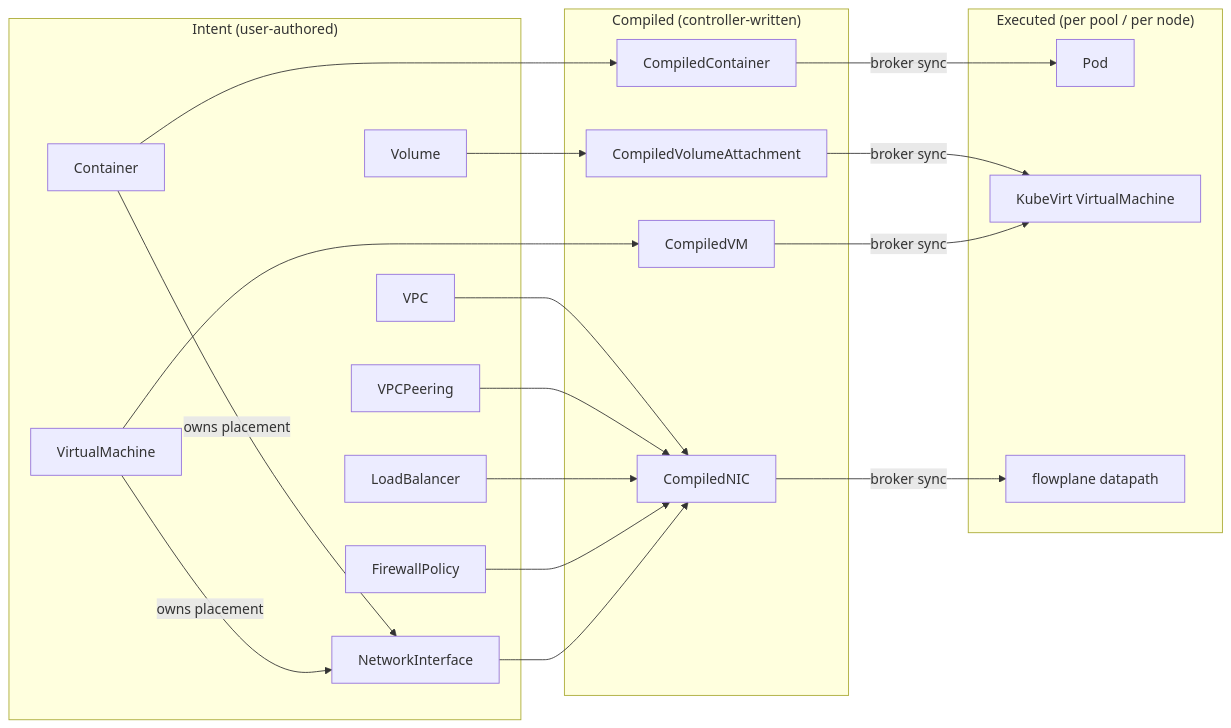
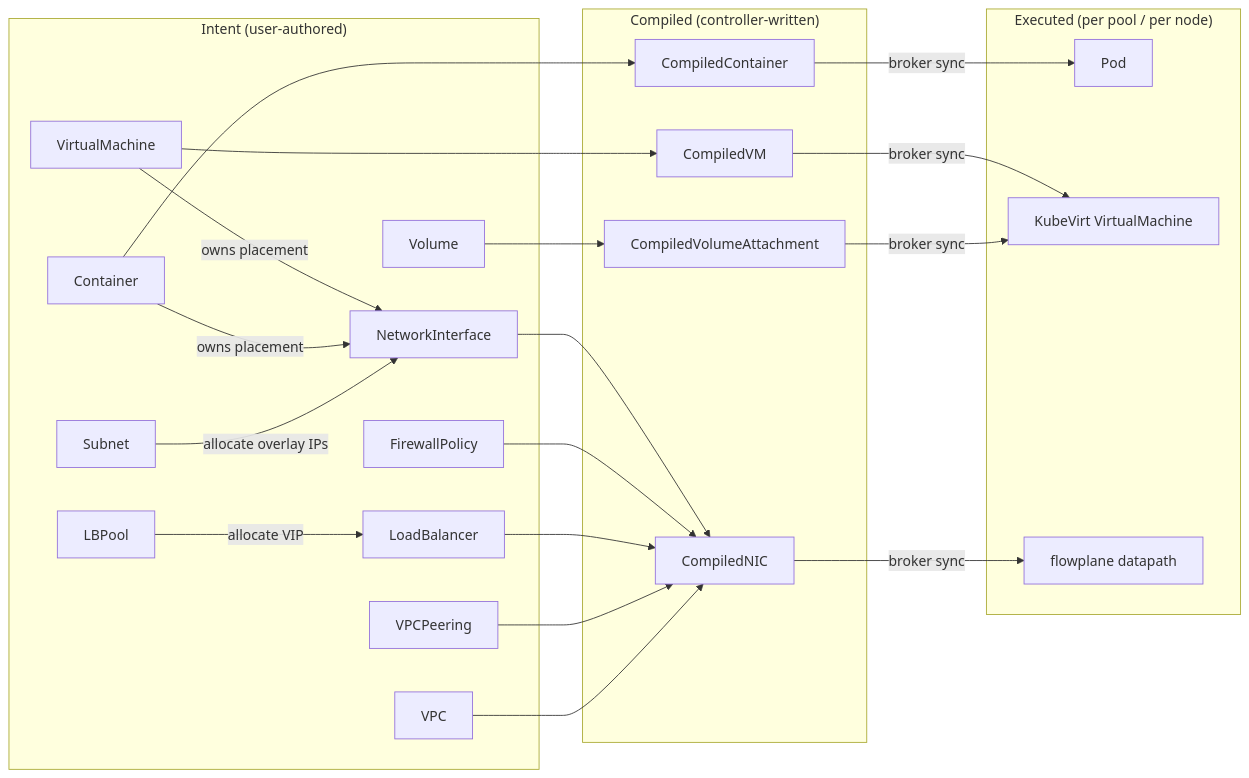
The diagram in docs/reference/crd-interactions.md (trevex/ectobase), drawn with Mermaid before and after one commit. The commit also changed other lines of this file and 40 other files, not shown here.

````diff
--- a/docs/reference/crd-interactions.md
+++ b/docs/reference/crd-interactions.md
@@ -36,37 +33,41 @@
 ```mermaid
 flowchart LR
     subgraph intent["Intent (user-authored)"]
         VM[VirtualMachine]
         CT[Container]
         NIC[NetworkInterface]
         VOL[Volume]
         FW[FirewallPolicy]
         LB[LoadBalancer]
         PEER[VPCPeering]
         VPC[VPC]
+        SUBNET[Subnet]
+        LBPOOL[LBPool]
     end
 
     subgraph compiled["Compiled (controller-written)"]
         CNIC[CompiledNIC]
         CVM[CompiledVM]
         CCT[CompiledContainer]
         CVA[CompiledVolumeAttachment]
     end
 
     subgraph exec["Executed (per pool / per node)"]
         POD[Pod]
         KVM[KubeVirt VirtualMachine]
         DP[flowplane datapath]
     end
 
     VM & CT -->|owns placement| NIC
+    SUBNET -->|allocate overlay IPs| NIC
+    LBPOOL -->|allocate VIP| LB
     NIC & FW & LB & PEER & VPC --> CNIC
     VM --> CVM
     CT --> CCT
     VOL --> CVA
 
     CNIC -->|broker sync| DP
     CVM -->|broker sync| KVM
     CCT -->|broker sync| POD
     CVA -->|broker sync| KVM
 ```
````
